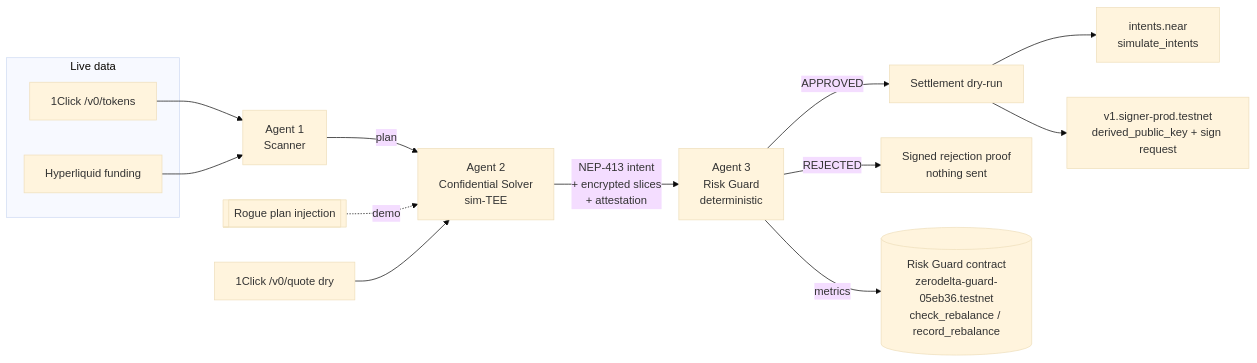
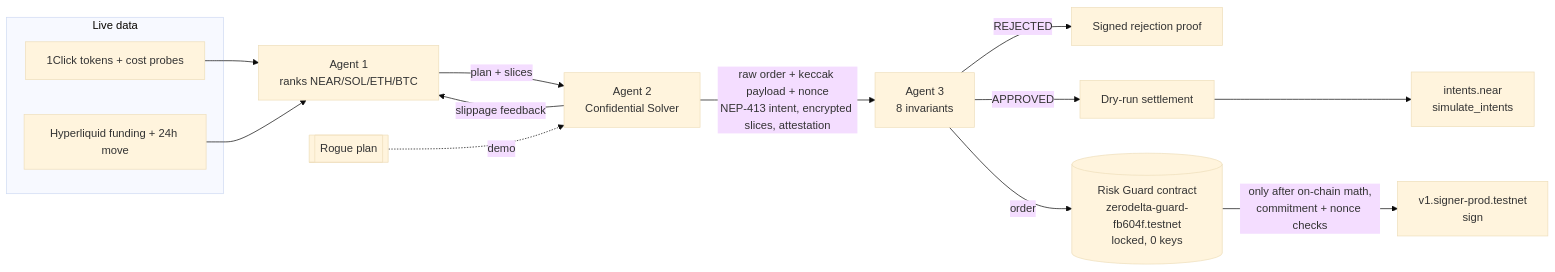
One commit to g4stein/zerodelta changed the diagram in README.md. Above: the diagram before and after it, drawn with Mermaid (base theme). The commit also changed other lines of this file and 22 other files, not shown here.

First line of the commit message:
Risk Guard v2: on-chain order math, payload commitment, replay protection, contract-gated MPC; autonomous multi-asset swarm

````diff
--- a/README.md
+++ b/README.md
@@ -130,18 +197,18 @@
 ```mermaid
 flowchart LR
   subgraph Live data
-    T[1Click /v0/tokens]
-    F[Hyperliquid funding]
+    T[1Click tokens + cost probes]
+    F[Hyperliquid funding + 24h move]
   end
   T --> A1
   F --> A1
-  A1[Agent 1<br/>Scanner] -- plan --> A2
-  R[[Rogue plan injection]] -. demo .-> A2
-  A2[Agent 2<br/>Confidential Solver<br/>sim-TEE] -- "NEP-413 intent<br/>+ encrypted slices<br/>+ attestation" --> A3
-  Q[1Click /v0/quote dry] --> A2
-  A3[Agent 3<br/>Risk Guard<br/>deterministic] -- APPROVED --> S
-  A3 -- REJECTED --> X[Signed rejection proof<br/>nothing sent]
-  S[Settlement dry-run] --> I[intents.near<br/>simulate_intents]
-  S --> M[v1.signer-prod.testnet<br/>derived_public_key + sign request]
-  A3 -- metrics --> C[(Risk Guard contract<br/>zerodelta-guard-05eb36.testnet<br/>check_rebalance / record_rebalance)]
+  A1[Agent 1<br/>ranks NEAR/SOL/ETH/BTC] -- plan + slices --> A2
+  A2 -- slippage feedback --> A1
+  R[[Rogue plan]] -. demo .-> A2
+  A2[Agent 2<br/>Confidential Solver] -- "raw order + keccak payload + nonce<br/>NEP-413 intent, encrypted slices, attestation" --> A3
+  A3[Agent 3<br/>8 invariants] -- REJECTED --> X[Signed rejection proof]
+  A3 -- APPROVED --> S[Dry-run settlement]
+  S --> I[intents.near<br/>simulate_intents]
+  A3 -- order --> C[(Risk Guard contract<br/>zerodelta-guard-fb604f.testnet<br/>locked, 0 keys)]
+  C -- "only after on-chain math,<br/>commitment + nonce checks" --> M[v1.signer-prod.testnet<br/>sign]
 ```
````
